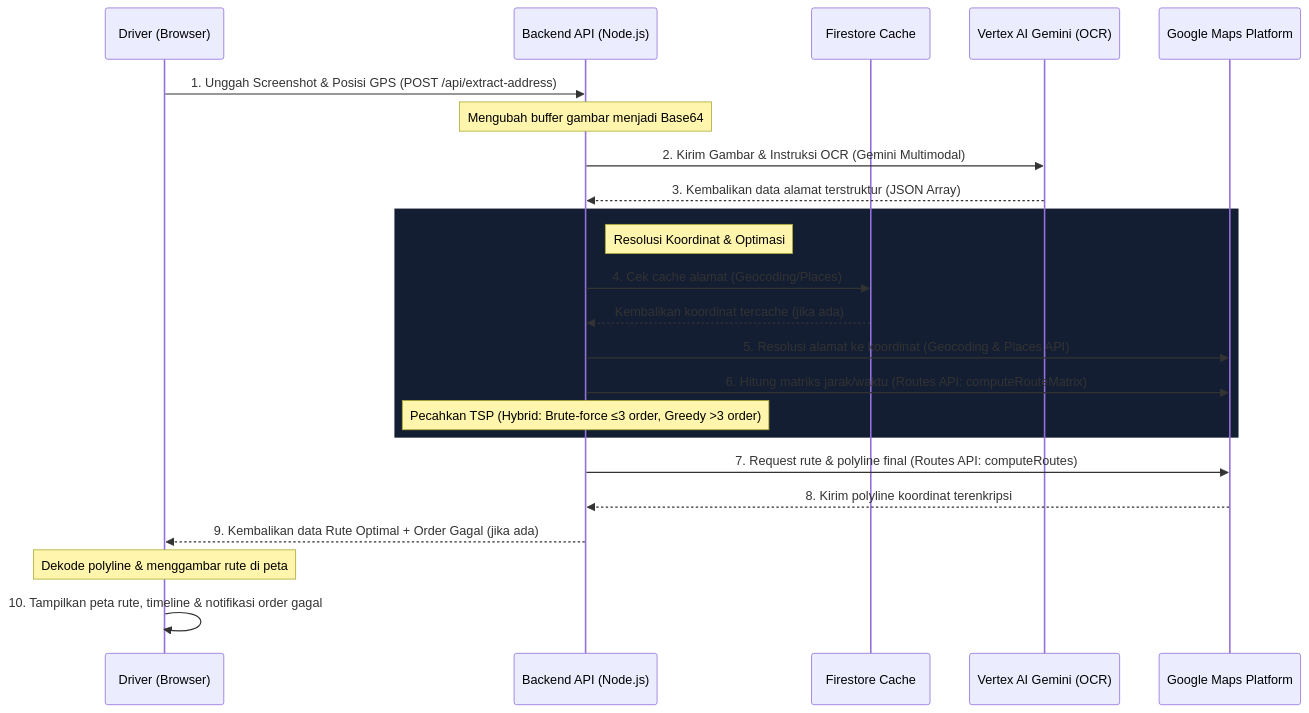
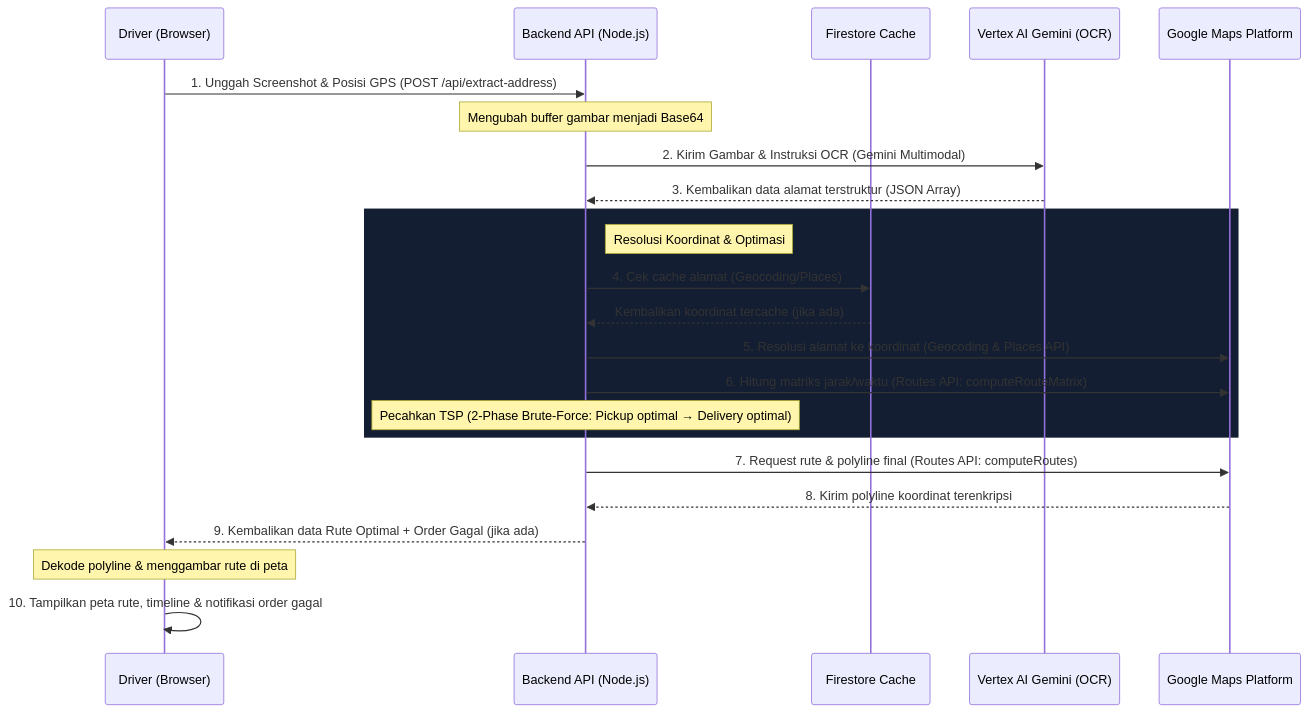
The diagram in README.md (lukim7711/driver-maps), drawn with Mermaid before and after one commit. The commit also changed other lines of this file and 3 other files, not shown here.

First line of the commit message:
refactor: ganti TSP solver ke 2-phase brute-force + update docs

````diff
--- a/README.md
+++ b/README.md
@@ -11,29 +11,29 @@
 ```mermaid
 sequenceDiagram
     participant Driver as Driver (Browser)
     participant Server as Backend API (Node.js)
     participant Cache as Firestore Cache
     participant Gemini as Vertex AI Gemini (OCR)
     participant Maps as Google Maps Platform
     
     Driver->>Server: 1. Unggah Screenshot & Posisi GPS (POST /api/extract-address)
     Note over Server: Mengubah buffer gambar menjadi Base64
     Server->>Gemini: 2. Kirim Gambar & Instruksi OCR (Gemini Multimodal)
     Gemini-->>Server: 3. Kembalikan data alamat terstruktur (JSON Array)
     
     rect rgb(20, 30, 50)
         Note right of Server: Resolusi Koordinat & Optimasi
         Server->>Cache: 4. Cek cache alamat (Geocoding/Places)
         Cache-->>Server: Kembalikan koordinat tercache (jika ada)
         Server->>Maps: 5. Resolusi alamat ke koordinat (Geocoding & Places API)
         Server->>Maps: 6. Hitung matriks jarak/waktu (Routes API: computeRouteMatrix)
-        Note over Server: Pecahkan TSP (Hybrid: Brute-force ≤3 order, Greedy >3 order)
+        Note over Server: Pecahkan TSP (2-Phase Brute-Force: Pickup optimal → Delivery optimal)
     end
     
     Server->>Maps: 7. Request rute & polyline final (Routes API: computeRoutes)
     Maps-->>Server: 8. Kirim polyline koordinat terenkripsi
     
     Server-->>Driver: 9. Kembalikan data Rute Optimal + Order Gagal (jika ada)
     Note over Driver: Dekode polyline & menggambar rute di peta
     Driver->>Driver: 10. Tampilkan peta rute, timeline & notifikasi order gagal
 ```
````
